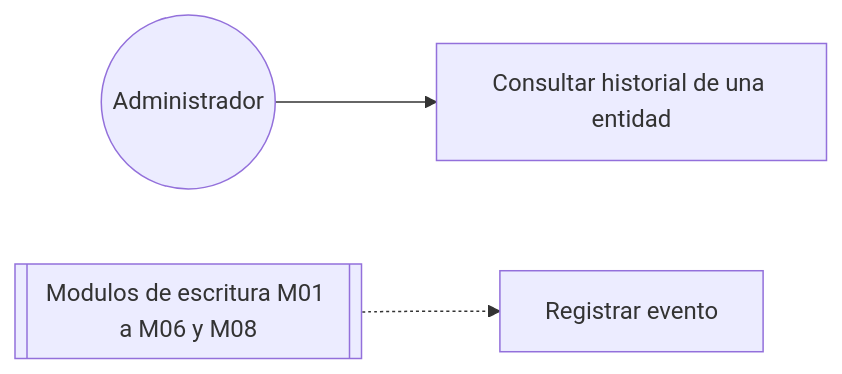
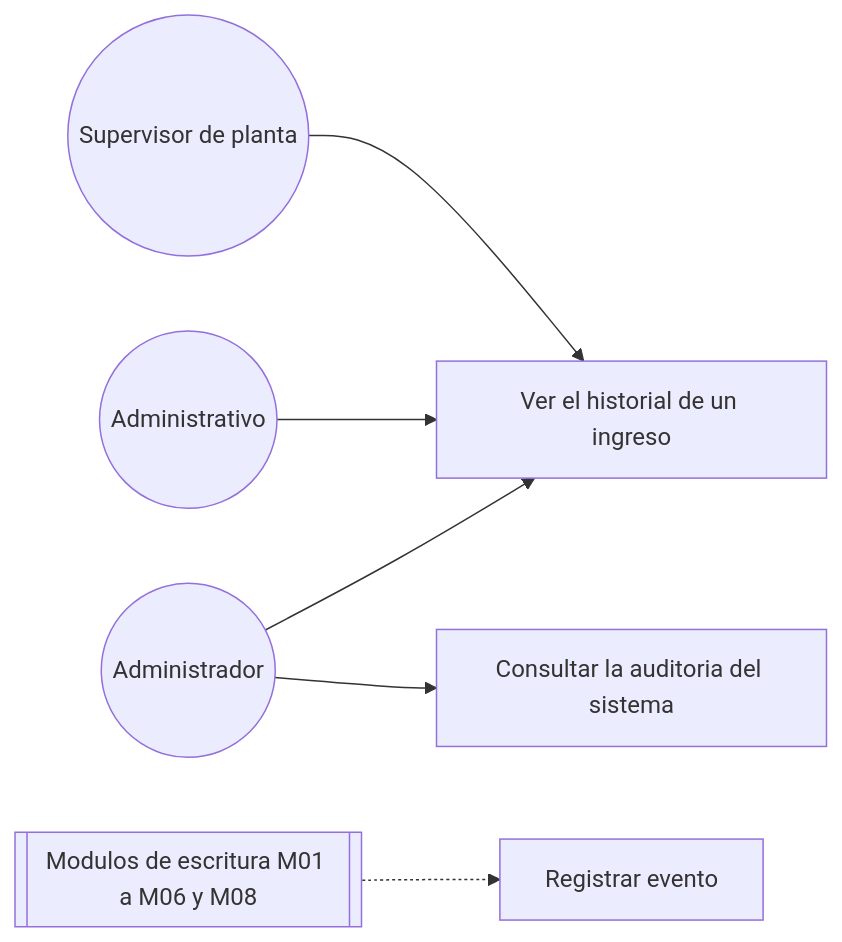
One commit to adlerOmonte1/LogisticaMinera changed the diagram in docs/modulos/M09-auditoria/diagramas/caso_uso.md. Above: the diagram before and after it, drawn with Mermaid. The commit also changed other lines of this file and 9 other files, not shown here.

````diff
--- a/docs/modulos/M09-auditoria/diagramas/caso_uso.md
+++ b/docs/modulos/M09-auditoria/diagramas/caso_uso.md
@@ -3,11 +3,17 @@
 ```mermaid
 flowchart LR
     ADM(("Administrador"))
+    ADV(("Administrativo"))
+    SUP(("Supervisor de planta"))
     M01[["Modulos de escritura M01 a M06 y M08"]]
 
-    UC1["Consultar historial de una entidad"]
+    UC1["Ver el historial de un ingreso"]
     UC2["Registrar evento"]
+    UC3["Consultar la auditoria del sistema"]
 
     ADM --> UC1
+    ADV --> UC1
+    SUP --> UC1
+    ADM --> UC3
     M01 -.-> UC2
 ```
````
